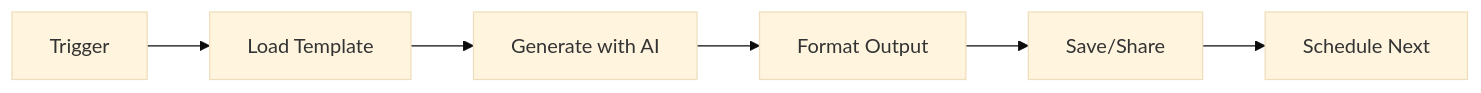
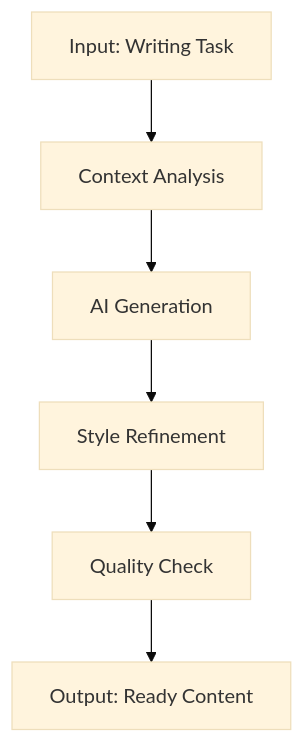
The diagram in README.md (shaguoerai/ai-business-writing-pipeline), drawn with Mermaid (base theme) before and after one commit. The commit also changed other lines of this file, not shown here.

Commit message:
Optimize README structure: 1. Add table of contents 2. Problem-solution oriented flow 3. Clearer quick start steps 4. Enhanced feature descriptions 5. Better visual elements and ROI calculation

````diff
--- a/README.md
+++ b/README.md
@@ -77,8 +110,8 @@
 ```mermaid
-graph LR
-    A[Trigger] --> B[Load Template]
-    B --> C[Generate with AI]
-    C --> D[Format Output]
-    D --> E[Save/Share]
-    E --> F[Schedule Next]
+graph TD
+    A[Input: Writing Task] --> B[Context Analysis]
+    B --> C[AI Generation]
+    C --> D[Style Refinement]
+    D --> E[Quality Check]
+    E --> F[Output: Ready Content]
 ```
````
